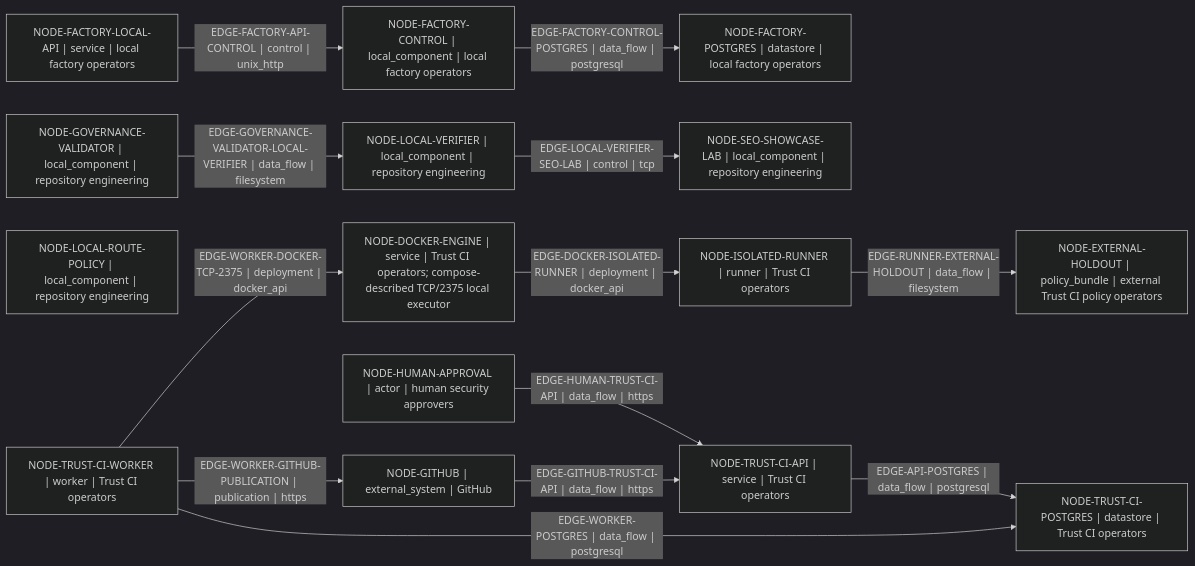
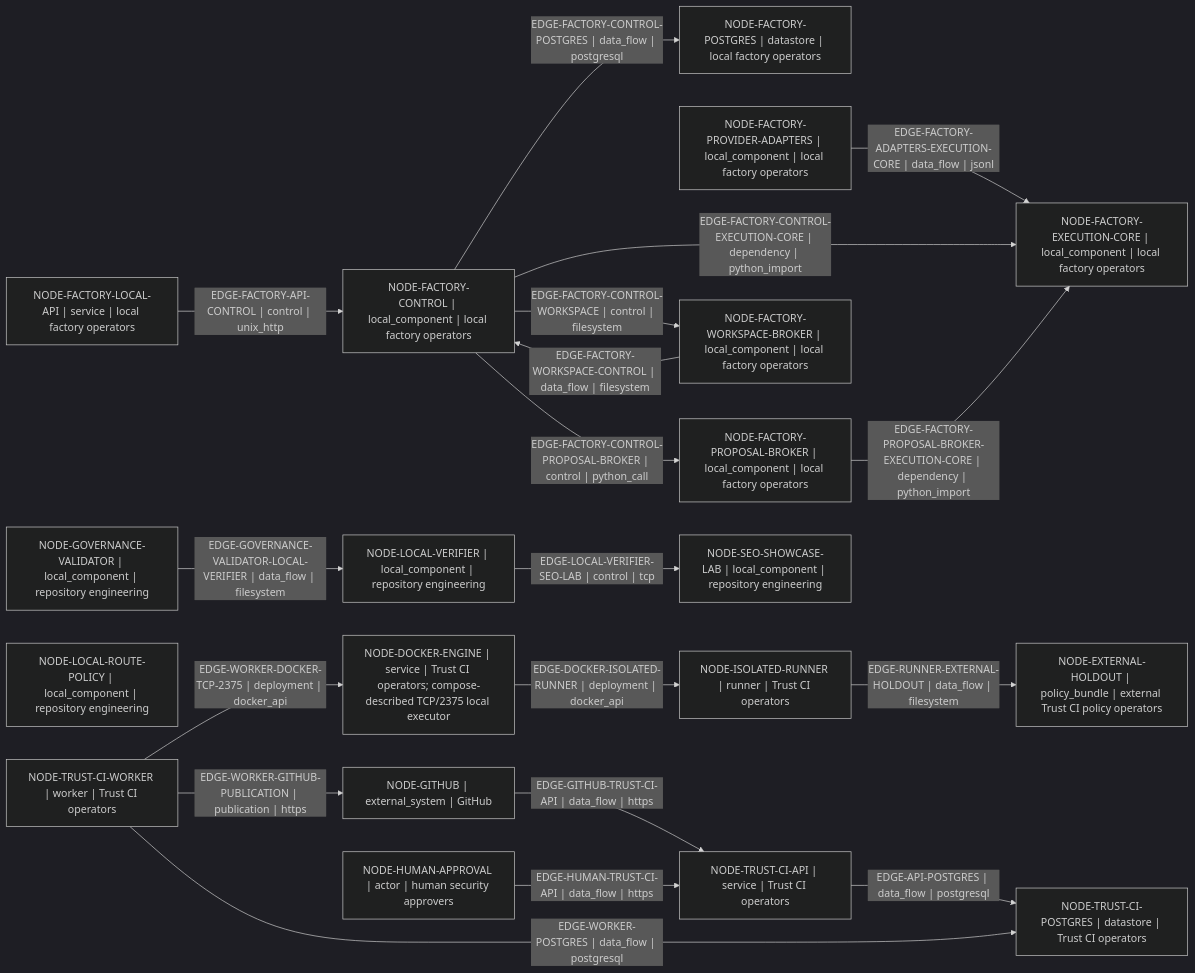
Before and after one commit to Dimkox/adaptive-grok-build-pro: the diagram in architecture/generated/deployment.mmd, drawn with Mermaid (dark theme). The commit also changed 7 other files, not shown here.

Commit message:
fix(architecture): own M5 execution boundaries

```diff
--- a/architecture/generated/deployment.mmd
+++ b/architecture/generated/deployment.mmd
@@ -1,28 +1,38 @@
 flowchart LR
   node_4e78270f61d78ed8["NODE-DOCKER-ENGINE | service | Trust CI operators; compose-described TCP/2375 local executor"]
   node_0a0fe2f046a648e9["NODE-EXTERNAL-HOLDOUT | policy_bundle | external Trust CI policy operators"]
   node_a6c166e55f8e1784["NODE-FACTORY-CONTROL | local_component | local factory operators"]
+  node_0a087cfaed95a8ad["NODE-FACTORY-EXECUTION-CORE | local_component | local factory operators"]
   node_93915052ae8a2e67["NODE-FACTORY-LOCAL-API | service | local factory operators"]
   node_a77de286f8308fd4["NODE-FACTORY-POSTGRES | datastore | local factory operators"]
+  node_21b552fdfa11f1c2["NODE-FACTORY-PROPOSAL-BROKER | local_component | local factory operators"]
+  node_fae11f6a95d982dc["NODE-FACTORY-PROVIDER-ADAPTERS | local_component | local factory operators"]
+  node_23f89cd7152cc030["NODE-FACTORY-WORKSPACE-BROKER | local_component | local factory operators"]
   node_8b8a8cd21b180532["NODE-GITHUB | external_system | GitHub"]
   node_23677f8757246623["NODE-GOVERNANCE-VALIDATOR | local_component | repository engineering"]
   node_e4e37173e410ad23["NODE-HUMAN-APPROVAL | actor | human security approvers"]
   node_1c3a10ba26a8e80d["NODE-ISOLATED-RUNNER | runner | Trust CI operators"]
   node_770cf3a1783e8525["NODE-LOCAL-ROUTE-POLICY | local_component | repository engineering"]
   node_23bed8fcbfc79861["NODE-LOCAL-VERIFIER | local_component | repository engineering"]
   node_d4421144c1dd4abe["NODE-SEO-SHOWCASE-LAB | local_component | repository engineering"]
   node_d0e570b2fbe52f98["NODE-TRUST-CI-API | service | Trust CI operators"]
   node_1a6c7efb2d08591b["NODE-TRUST-CI-POSTGRES | datastore | Trust CI operators"]
   node_070dda93443dcc1f["NODE-TRUST-CI-WORKER | worker | Trust CI operators"]
   node_d0e570b2fbe52f98 -->|"EDGE-API-POSTGRES | data_flow | postgresql"| node_1a6c7efb2d08591b
   node_4e78270f61d78ed8 -->|"EDGE-DOCKER-ISOLATED-RUNNER | deployment | docker_api"| node_1c3a10ba26a8e80d
+  node_fae11f6a95d982dc -->|"EDGE-FACTORY-ADAPTERS-EXECUTION-CORE | data_flow | jsonl"| node_0a087cfaed95a8ad
   node_93915052ae8a2e67 -->|"EDGE-FACTORY-API-CONTROL | control | unix_http"| node_a6c166e55f8e1784
+  node_a6c166e55f8e1784 -->|"EDGE-FACTORY-CONTROL-EXECUTION-CORE | dependency | python_import"| node_0a087cfaed95a8ad
   node_a6c166e55f8e1784 -->|"EDGE-FACTORY-CONTROL-POSTGRES | data_flow | postgresql"| node_a77de286f8308fd4
+  node_a6c166e55f8e1784 -->|"EDGE-FACTORY-CONTROL-PROPOSAL-BROKER | control | python_call"| node_21b552fdfa11f1c2
+  node_a6c166e55f8e1784 -->|"EDGE-FACTORY-CONTROL-WORKSPACE | control | filesystem"| node_23f89cd7152cc030
+  node_21b552fdfa11f1c2 -->|"EDGE-FACTORY-PROPOSAL-BROKER-EXECUTION-CORE | dependency | python_import"| node_0a087cfaed95a8ad
+  node_23f89cd7152cc030 -->|"EDGE-FACTORY-WORKSPACE-CONTROL | data_flow | filesystem"| node_a6c166e55f8e1784
   node_8b8a8cd21b180532 -->|"EDGE-GITHUB-TRUST-CI-API | data_flow | https"| node_d0e570b2fbe52f98
   node_23677f8757246623 -->|"EDGE-GOVERNANCE-VALIDATOR-LOCAL-VERIFIER | data_flow | filesystem"| node_23bed8fcbfc79861
   node_e4e37173e410ad23 -->|"EDGE-HUMAN-TRUST-CI-API | data_flow | https"| node_d0e570b2fbe52f98
   node_23bed8fcbfc79861 -->|"EDGE-LOCAL-VERIFIER-SEO-LAB | control | tcp"| node_d4421144c1dd4abe
   node_1c3a10ba26a8e80d -->|"EDGE-RUNNER-EXTERNAL-HOLDOUT | data_flow | filesystem"| node_0a0fe2f046a648e9
   node_070dda93443dcc1f -->|"EDGE-WORKER-DOCKER-TCP-2375 | deployment | docker_api"| node_4e78270f61d78ed8
   node_070dda93443dcc1f -->|"EDGE-WORKER-GITHUB-PUBLICATION | publication | https"| node_8b8a8cd21b180532
   node_070dda93443dcc1f -->|"EDGE-WORKER-POSTGRES | data_flow | postgresql"| node_1a6c7efb2d08591b
```
